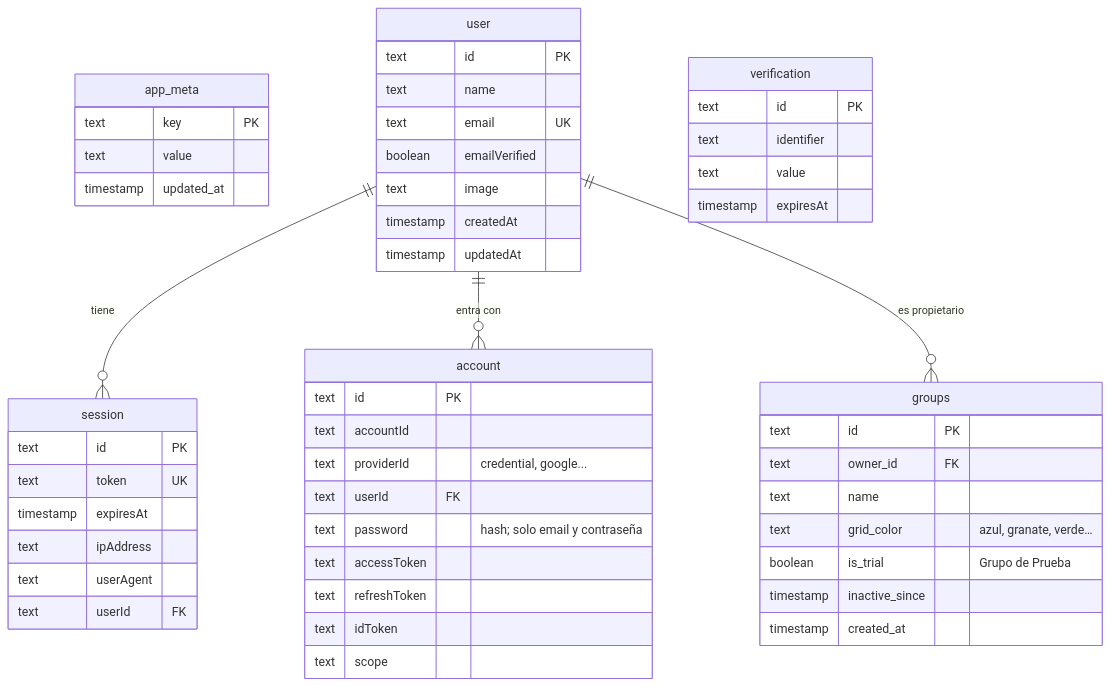
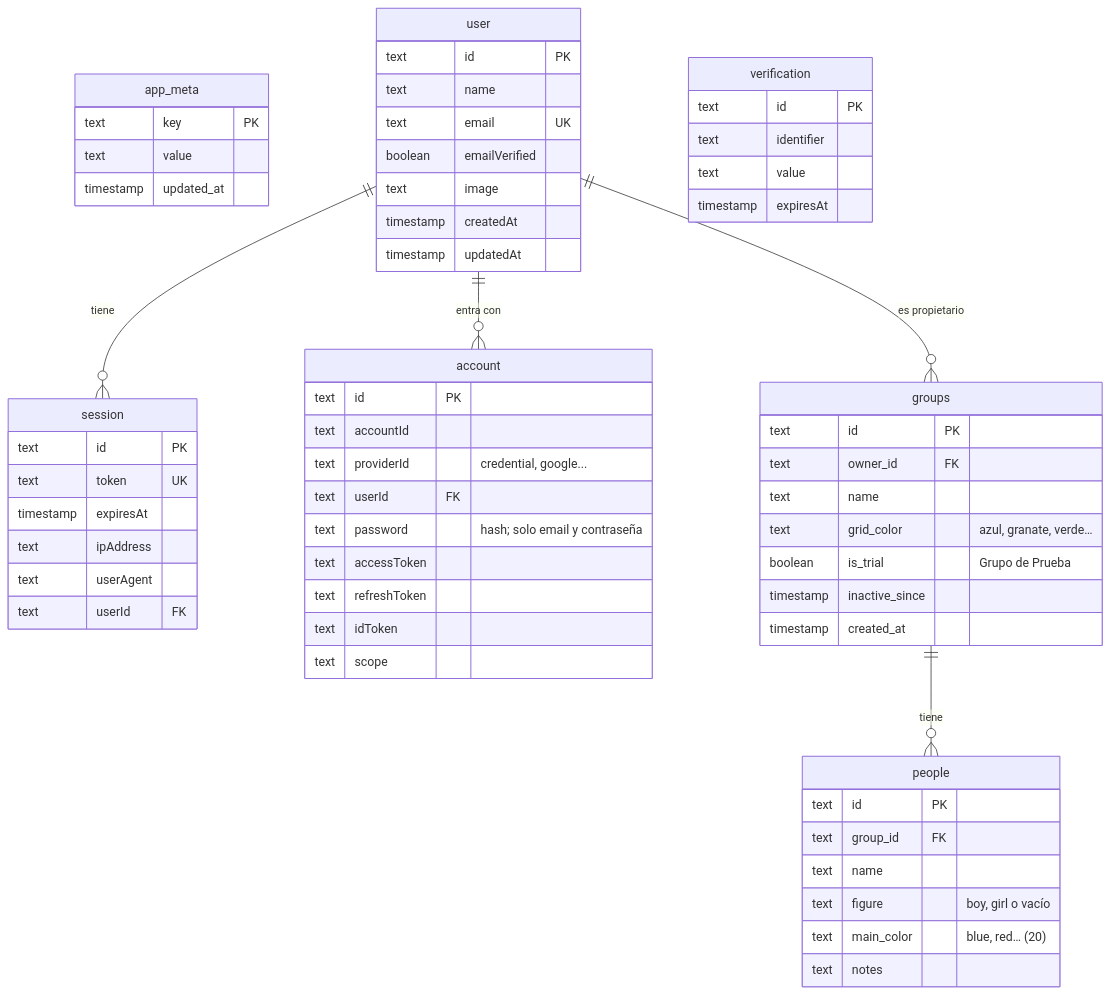
The first of 2 diagrams in documentation/database.md (juananmgz/cuadrocorrocalle), drawn with Mermaid before and after one commit. The commit also changed other lines of this file and 34 other files, not shown here.

Commit message:
✨ Add people to groups with a pasted list and the Mi grupo page

````diff
--- a/documentation/database.md
+++ b/documentation/database.md
@@ -15,54 +16,63 @@
 ```mermaid
 erDiagram
   app_meta {
     text key PK
     text value
     timestamp updated_at
   }
   user ||--o{ session : "tiene"
   user ||--o{ account : "entra con"
   user {
     text id PK
     text name
     text email UK
     boolean emailVerified
     text image
     timestamp createdAt
     timestamp updatedAt
   }
   session {
     text id PK
     text token UK
     timestamp expiresAt
     text ipAddress
     text userAgent
     text userId FK
   }
   account {
     text id PK
     text accountId
     text providerId "credential, google..."
     text userId FK
     text password "hash; solo email y contraseña"
     text accessToken
     text refreshToken
     text idToken
     text scope
   }
   user ||--o{ groups : "es propietario"
   groups {
     text id PK
     text owner_id FK
     text name
     text grid_color "azul, granate, verde…"
     boolean is_trial "Grupo de Prueba"
     timestamp inactive_since
     timestamp created_at
   }
+  groups ||--o{ people : "tiene"
+  people {
+    text id PK
+    text group_id FK
+    text name
+    text figure "boy, girl o vacío"
+    text main_color "blue, red… (20)"
+    text notes
+  }
   verification {
     text id PK
     text identifier
     text value
     timestamp expiresAt
   }
 ```
````
